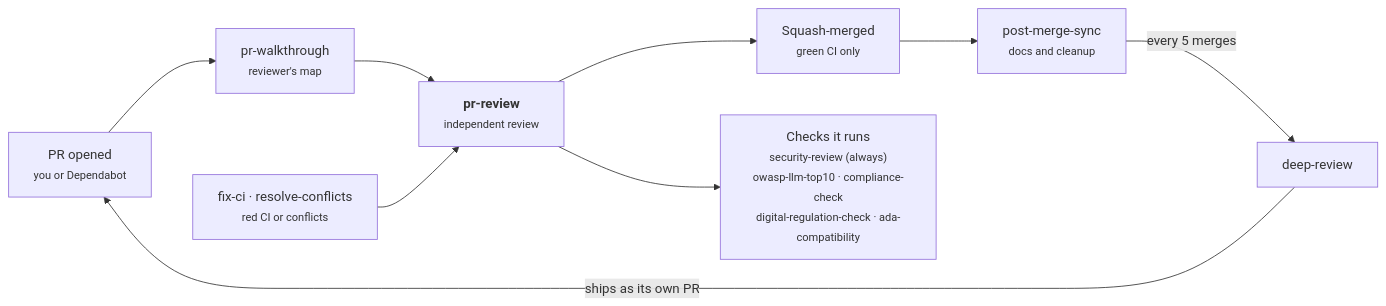
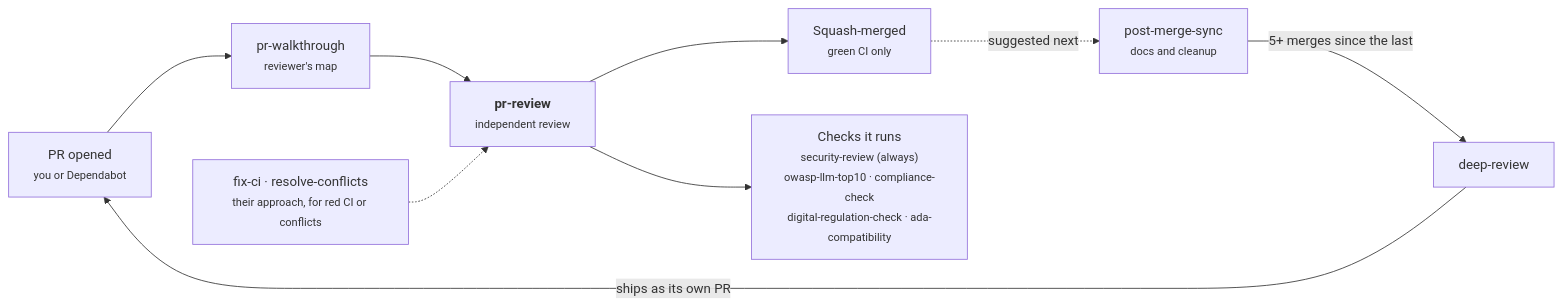
The diagram in README.md (manojkhanwalkar/claude-skills), drawn with Mermaid before and after one commit. The commit also changed other lines of this file, not shown here.

First line of the commit message:
README review fixes: borrowed vs automatic steps, deep-review trigger, change log order

````diff
--- a/README.md
+++ b/README.md
@@ -78,11 +78,11 @@
 ```mermaid
 flowchart LR
     open["PR opened<br/><small>you or Dependabot</small>"] --> walk["pr-walkthrough<br/><small>reviewer's map</small>"]
     walk --> review["<b>pr-review</b><br/><small>independent review</small>"]
     review --> merged["Squash-merged<br/><small>green CI only</small>"]
     review --> checks["Checks it runs<br/><small>security-review (always)<br/>owasp-llm-top10 · compliance-check<br/>digital-regulation-check · ada-compatibility</small>"]
-    fixers["fix-ci · resolve-conflicts<br/><small>red CI or conflicts</small>"] --> review
-    merged --> sync["post-merge-sync<br/><small>docs and cleanup</small>"]
-    sync -- "every 5 merges" --> deep["deep-review"]
+    fixers["fix-ci · resolve-conflicts<br/><small>their approach, for red CI or conflicts</small>"] -.-> review
+    merged -. "suggested next" .-> sync["post-merge-sync<br/><small>docs and cleanup</small>"]
+    sync -- "5+ merges since the last" --> deep["deep-review"]
     deep -- "ships as its own PR" --> open
 ```
````
